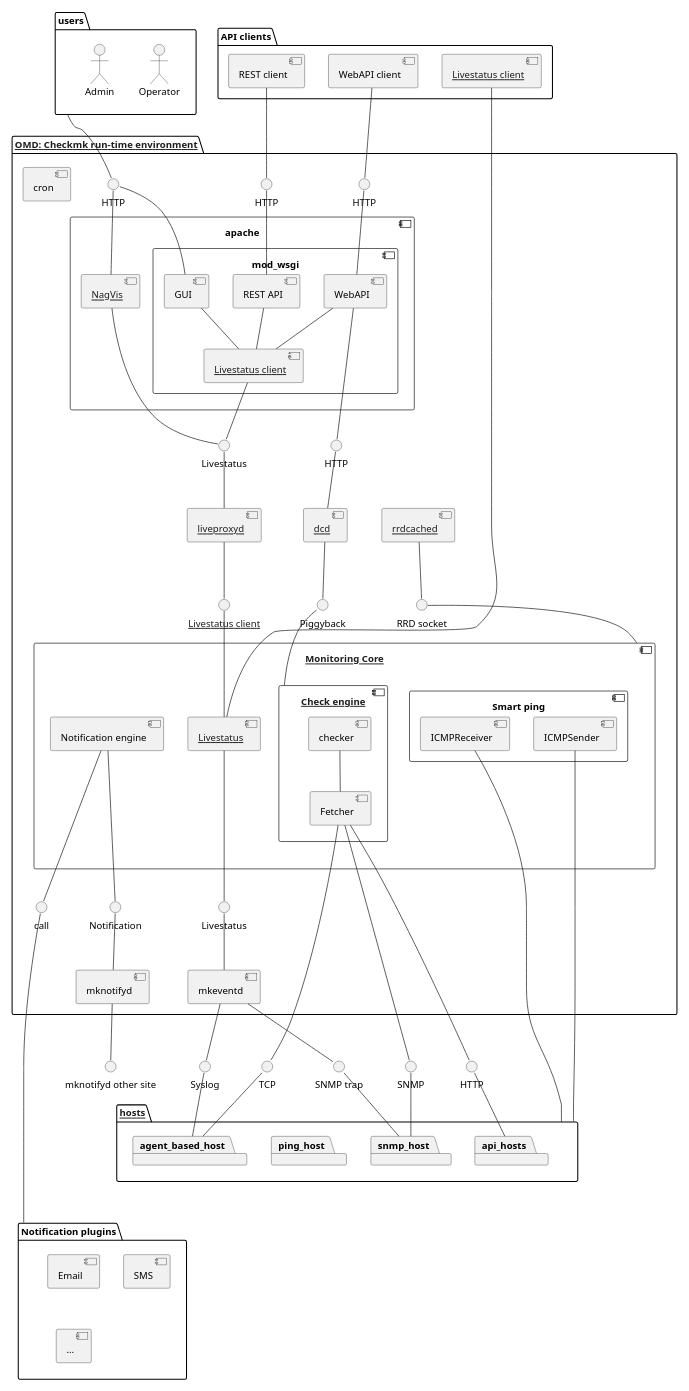
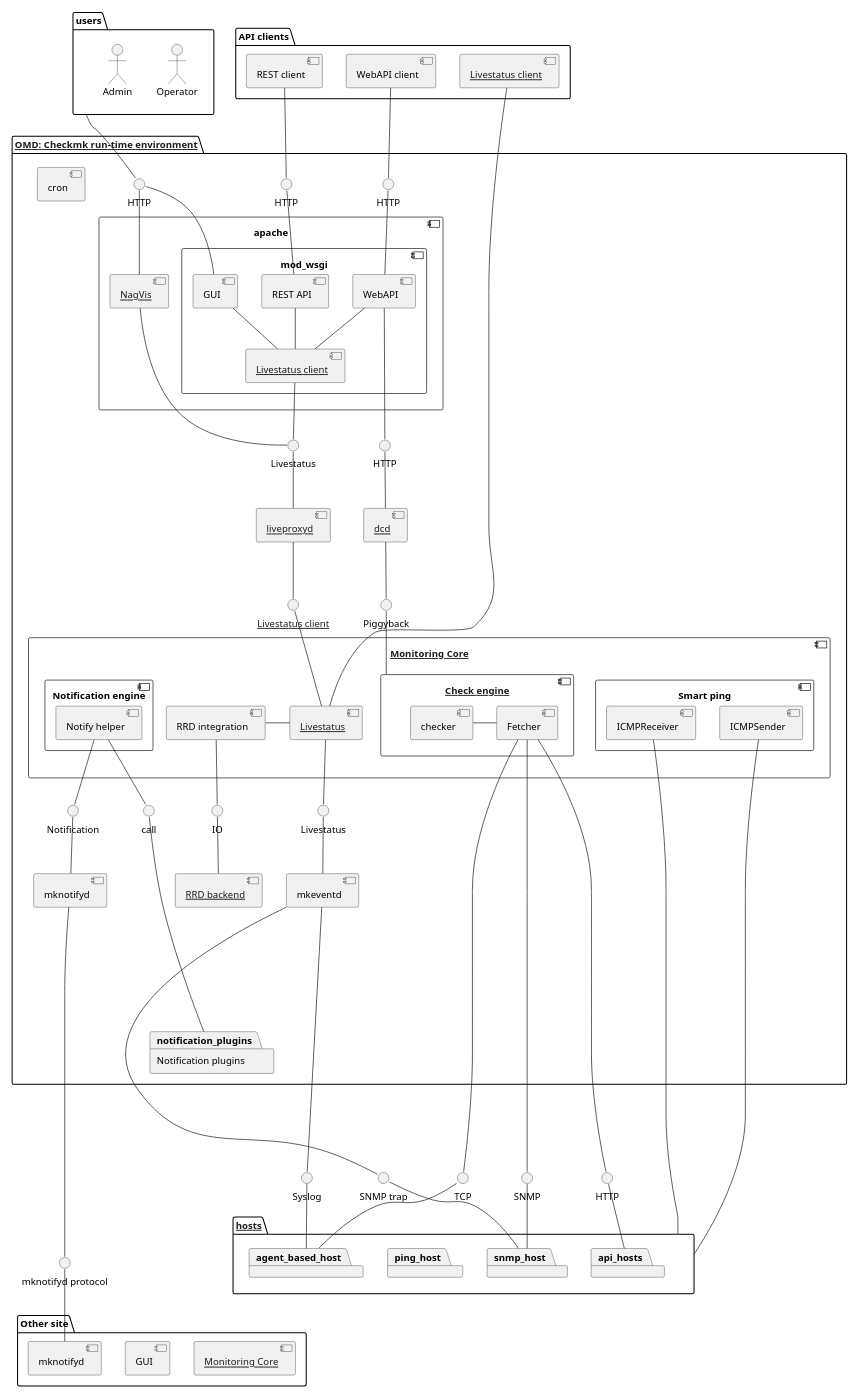
Before and after one commit to Checkmk/checkmk: the diagram in doc/documentation/topology.puml, drawn with PlantUML. The commit also changed 6 other files, not shown here.

```diff
--- a/doc/documentation/topology.puml
+++ b/doc/documentation/topology.puml
@@ -1,138 +1,147 @@
 @startuml
 skinparam componentStyle uml2
 skinparam monochrome true
 ' Remove shadows
 skinparam shadowing false
 scale 0.6
 
 package users {
     actor "Operator" as operator
     actor "Admin" as admin
 }
 
 package "API clients" as api_clients {
     component "WebAPI client" as web_api_client
     component "REST client" as rest_api_client
     component "[[../arch-comp-livestatus-client.html Livestatus client]]" as external_livestatus_client
 }
 
 package "[[../arch-comp-omd.html OMD: Checkmk run-time environment]]" as omd {
     interface HTTP as http_gui
     interface HTTP as http_rest_api
     interface HTTP as http_web_api
     component apache {
         component "mod_wsgi" as mod_wsgi {
             component GUI
             component "REST API" as rest_api
             component WebAPI
             component "[[../arch-comp-livestatus-client.html Livestatus client]]" as apache_livestatus_client
         }
         component "[[../arch-comp-nagvis.html NagVis]]" as nagvis
     }
     interface Livestatus as apache_livestatus
 
     component "[[../arch-comp-core.html Monitoring Core]]" as cmc {
+        component "RRD integration" as rrd_integration
         component "[[../arch-comp-livestatus.html Livestatus]]" as cmc_livestatus_server
         component "[[../arch-comp-checkengine.html Check engine]]" as check_engine {
             component checker
             component Fetcher
         }
         component "Smart ping" as smart_ping {
             component ICMPReceiver
             component ICMPSender
         }
-        component "Notification engine" as notify_engine
+        component "Notification engine" as cmc_notify {
+            component "Notify helper" as notify_helper
+        }
     }
     interface "call" as call_notification_plugins
 
     component cron
 
     component "[[../arch-comp-liveproxyd.html liveproxyd]]" as liveproxyd
     interface "[[../arch-comp-livestatus-client.html Livestatus client]]" as liveproxyd_livestatus_client
 
     component "[[../arch-comp-dcd.html dcd]]" as dcd
     interface "HTTP" as dcd_web_api_client
     interface Piggyback as dcd_piggyback
 
     component mkeventd
     interface Livestatus as mkeventd_livestatus
 
     component mknotifyd
     interface Notification as mknotifyd_notification
 
-    component "[[../arch-comp-rrdcached.html rrdcached]]" as rrdcached
-    interface "RRD socket" as rrdcached_socket
+    component "[[../arch-comp-rrd-backend.html RRD backend]]" as rrd_backend
+    interface "IO" as rrd_io
+
+    package "Notification plugins" as notification_plugins
 }
-interface "mknotifyd other site" as mknotifyd_other_site
 
-package "Notification plugins" as notification_plugins {
-    component Email
-    component SMS
-    component "..."
+package "Other site" as other_site {
+    component "[[../arch-comp-core.html Monitoring Core]]" as cmc_other_site
+    component "GUI" as gui_other_site
+    component "mknotifyd" as mknotifyd_other_site
 }
+interface "mknotifyd protocol" as mknotifyd_protocol
 
 package "[[../arch-comp-hosts.html hosts]]" as hosts {
     package agent_based_host
     package snmp_host
     package ping_host
     package api_hosts
 }
 interface TCP
 interface Syslog
 interface SNMP
 interface "SNMP trap" as trap
 interface HTTP as api_hosts_http
 
 users -d- http_gui
 web_api_client -d- http_web_api
 rest_api_client -d- http_rest_api
 
 http_gui -d- GUI
 http_gui -d- nagvis
 http_web_api -d- WebAPI
 http_rest_api -d- rest_api
 
 GUI -d- apache_livestatus_client
 WebAPI -d- apache_livestatus_client
 rest_api -d- apache_livestatus_client
 apache_livestatus_client -d- apache_livestatus
 nagvis -d- apache_livestatus
 apache_livestatus -d- liveproxyd
 
 liveproxyd -d- liveproxyd_livestatus_client
 liveproxyd_livestatus_client -d- cmc_livestatus_server
 
 dcd -u- dcd_web_api_client
 dcd -d- dcd_piggyback
 dcd_web_api_client -l- WebAPI
 dcd_piggyback -d- check_engine
 
-checker -- Fetcher
+' Help visualization
+notify_helper -[hidden]r-> rrd_integration
+rrd_integration -r- cmc_livestatus_server
+checker -r- Fetcher
 
 external_livestatus_client -d- cmc_livestatus_server
-Fetcher -d- TCP
+Fetcher -d----- TCP
+Fetcher -d----- SNMP
+Fetcher -d----- api_hosts_http
 TCP -d- agent_based_host
-Fetcher -d- SNMP
 SNMP -d- snmp_host
-Fetcher -d- api_hosts_http
 api_hosts_http -d- api_hosts
-ICMPSender -d- hosts
-ICMPReceiver -d- hosts
+ICMPSender -d---- hosts
+ICMPReceiver -d---- hosts
 
-cmc -u- rrdcached_socket
-rrdcached_socket -u- rrdcached
+rrd_integration -d- rrd_io
+rrd_io -d- rrd_backend
 
-notify_engine -d-- call_notification_plugins
-call_notification_plugins -d----- notification_plugins
-notify_engine -d-- mknotifyd_notification
+notify_helper -d- call_notification_plugins
+call_notification_plugins -d---- notification_plugins
+notify_helper -d- mknotifyd_notification
 mknotifyd_notification -d- mknotifyd
-mknotifyd -d- mknotifyd_other_site
+mknotifyd -d------ mknotifyd_protocol
+mknotifyd_protocol -d- mknotifyd_other_site
 
-cmc_livestatus_server --d- mkeventd_livestatus
+cmc_livestatus_server -d- mkeventd_livestatus
 mkeventd_livestatus -d- mkeventd
-mkeventd -d- Syslog
+mkeventd -d-- Syslog
 Syslog -d- agent_based_host
-mkeventd -d- trap
+mkeventd -d----- trap
 trap -d- snmp_host
 
 @enduml
```
